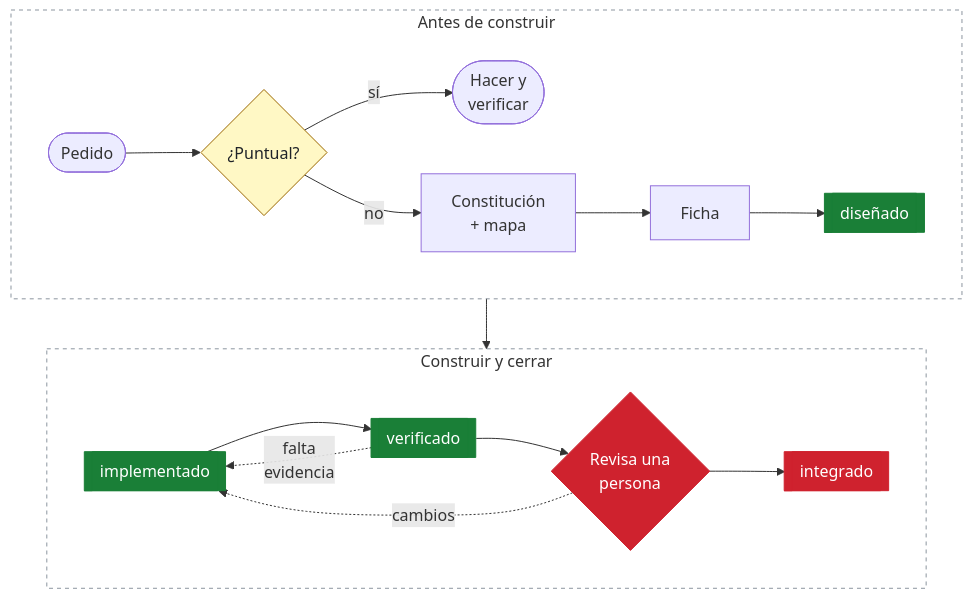
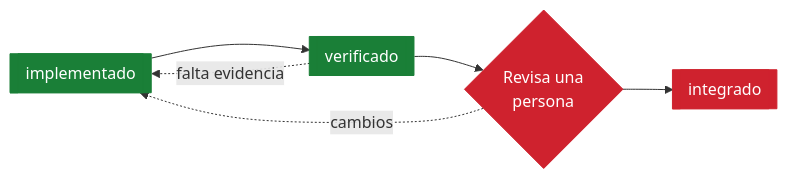
The second of 2 diagrams in README.md (arielelevy/fdd), drawn with Mermaid before and after one commit. The commit also changed other lines of this file, not shown here.

Commit message:
Split the flowchart into two titled diagrams with a rule above each, no boxes

````diff
--- a/README.md
+++ b/README.md
@@ -84,29 +106,13 @@
 ```mermaid
-flowchart TB
-    subgraph S1["Antes de construir"]
-        direction LR
-        A(["Pedido"]) --> B{"¿Puntual?"}
-        B -- "sí" --> C(["Hacer y<br/>verificar"])
-        B -- "no" --> D["Constitución<br/>+ mapa"]
-        D --> E["Ficha"]
-        E --> F[["diseñado"]]
-    end
-    subgraph S2["Construir y cerrar"]
-        direction LR
-        G[["implementado"]] --> H[["verificado"]]
-        H -. "falta<br/>evidencia" .-> G
-        H --> I{"Revisa una<br/>persona"}
-        I -. "cambios" .-> G
-        I --> J[["integrado"]]
-    end
-    S1 --> S2
+flowchart LR
+    G[["implementado"]] --> H[["verificado"]]
+    H -. "falta evidencia" .-> G
+    H --> I{"Revisa una<br/>persona"}
+    I -. "cambios" .-> G
+    I --> J[["integrado"]]
 
     classDef hito fill:#1a7f37,stroke:#1a7f37,color:#ffffff
     classDef humano fill:#cf222e,stroke:#cf222e,color:#ffffff
-    classDef decision fill:#fff8c5,stroke:#9a6700,color:#1f2328
-    class F,G,H hito
+    class G,H hito
     class I,J humano
-    class B decision
-    style S1 fill:none,stroke:#8c959f,stroke-dasharray:4 4
-    style S2 fill:none,stroke:#8c959f,stroke-dasharray:4 4
 ```
````
